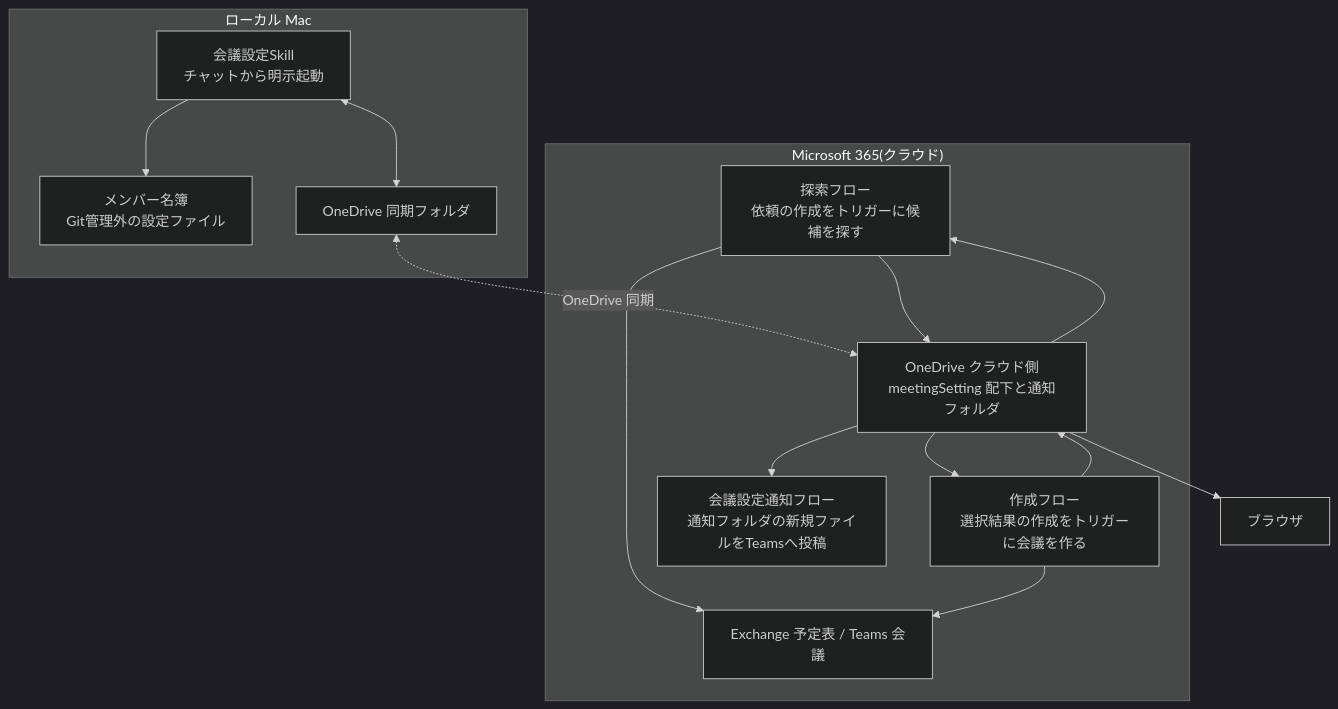
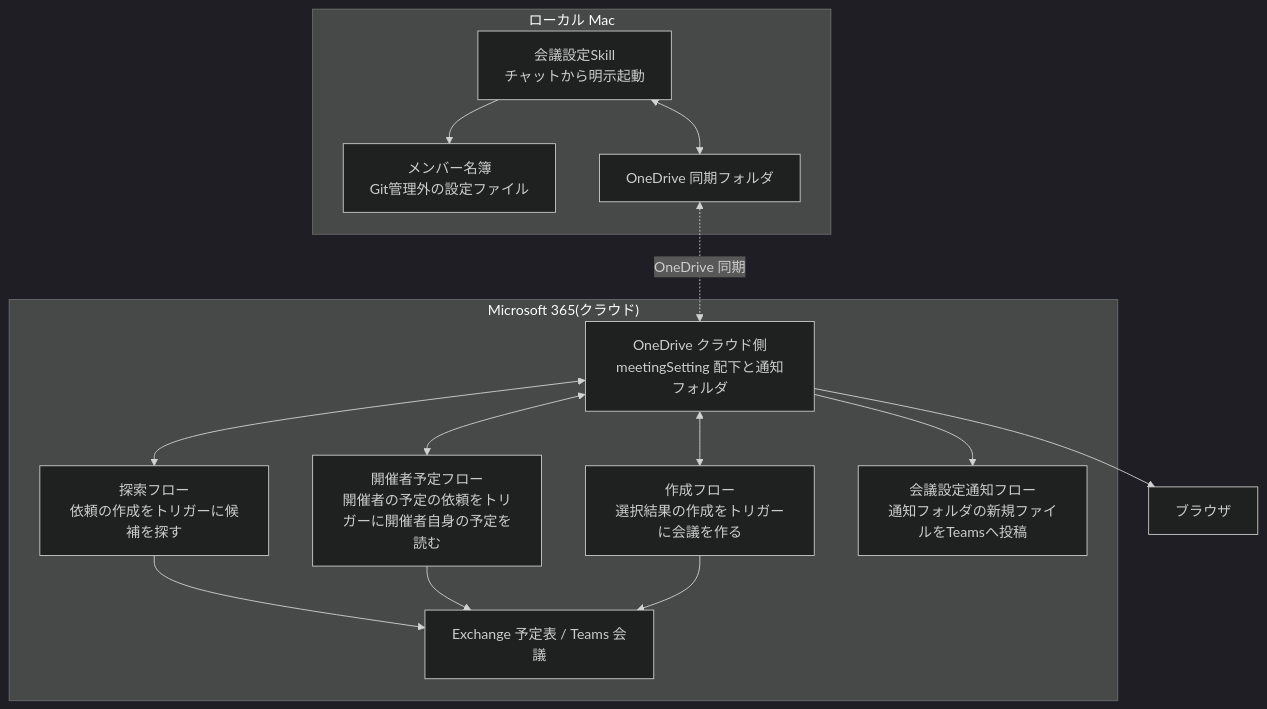
One commit to dnode-ryosuke-yamazaki/study changed the second of 2 diagrams in apps/meeting-setup-automation/specs/architecture.md. Above: the diagram before and after it, drawn with Mermaid (dark theme). The commit also changed other lines of this file and 5 other files, not shown here.

````diff
--- a/apps/meeting-setup-automation/specs/architecture.md
+++ b/apps/meeting-setup-automation/specs/architecture.md
@@ -80,28 +86,31 @@
 ```mermaid
 flowchart TD
     subgraph cloud["Microsoft 365(クラウド)"]
         PA1["探索フロー<br/>依頼の作成をトリガーに候補を探す"]
+        PA4["開催者予定フロー<br/>開催者の予定の依頼をトリガーに開催者自身の予定を読む"]
         PA2["作成フロー<br/>選択結果の作成をトリガーに会議を作る"]
         PA3["会議設定通知フロー<br/>通知フォルダの新規ファイルをTeamsへ投稿"]
         CAL["Exchange 予定表 / Teams 会議"]
         ODC["OneDrive クラウド側<br/>meetingSetting 配下と通知フォルダ"]
     end
 
     subgraph mac["ローカル Mac"]
         SKILL["会議設定Skill<br/>チャットから明示起動"]
         ROSTER["メンバー名簿<br/>Git管理外の設定ファイル"]
         ODL["OneDrive 同期フォルダ"]
     end
 
     BROWSER["ブラウザ"]
 
     SKILL --> ROSTER
     SKILL <--> ODL
     ODL <-. OneDrive 同期 .-> ODC
-    ODC --> PA1 --> CAL
-    PA1 --> ODC
-    ODC --> PA2 --> CAL
-    PA2 --> ODC
+    ODC <--> PA1
+    PA1 --> CAL
+    ODC <--> PA4
+    PA4 --> CAL
+    ODC <--> PA2
+    PA2 --> CAL
     ODC --> PA3
     ODC --> BROWSER
 ```
````
